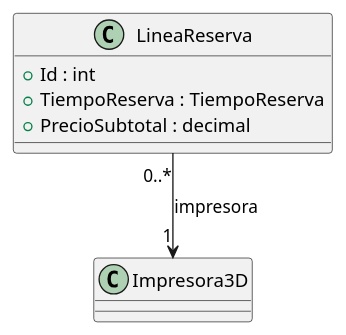
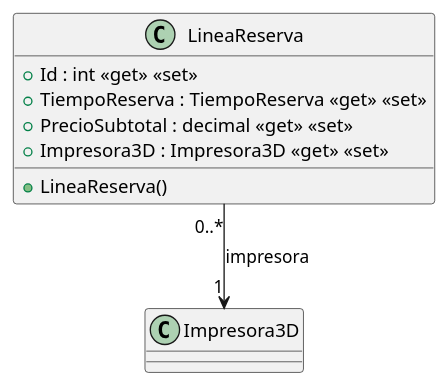
Before and after one commit to ISIIA2627DAKOI9SE/ISIIA2627DAKOI9SE: the diagram in src/AppForSEII.API/ClassDiagram/LineaReserva.puml, drawn with PlantUML. The commit also changed 3 other files, not shown here.

Commit message:
fix(classDiagram):Se han corregido relaciones  para la cardinalidad de las enumeraciones

```diff
--- a/src/AppForSEII.API/ClassDiagram/LineaReserva.puml
+++ b/src/AppForSEII.API/ClassDiagram/LineaReserva.puml
@@ -1,12 +1,13 @@
 @startuml
 
 class LineaReserva {
-    + Id : int
-    + TiempoReserva : TiempoReserva
-    + PrecioSubtotal : decimal
+    + LineaReserva()
+    + Id : int <<get>> <<set>>
+    + TiempoReserva : TiempoReserva <<get>> <<set>>
+    + PrecioSubtotal : decimal <<get>> <<set>>
+    + Impresora3D : Impresora3D <<get>> <<set>>
 }
-
 
 LineaReserva "0..*" --> "1" Impresora3D : impresora
 
 @enduml
```
